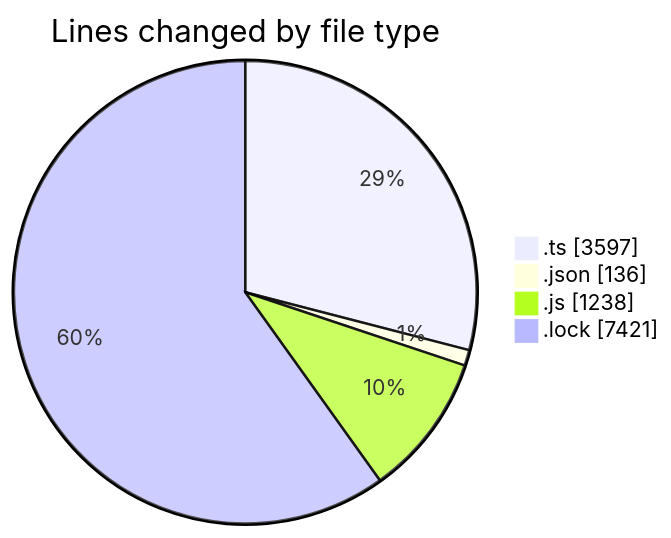
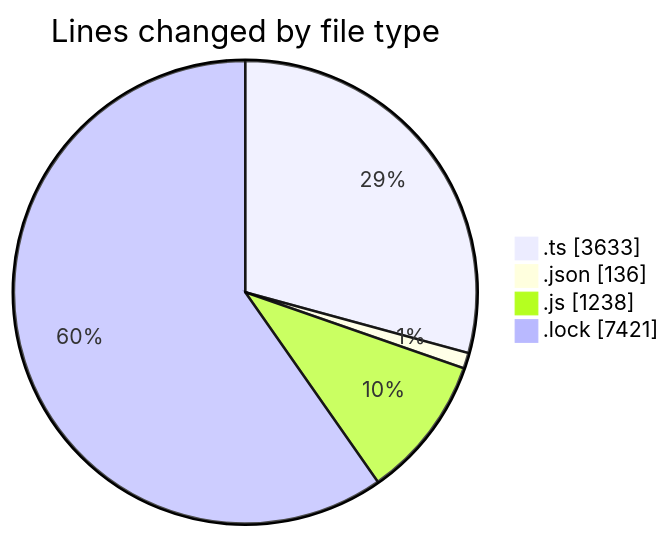
The first of 2 diagrams in 2025-07-30/cda/README.md (momahboobian/code-tracking), drawn with Mermaid before and after one commit. The commit also changed other lines of this file and 1 other file, not shown here.

````diff
--- a/2025-07-30/cda/README.md
+++ b/2025-07-30/cda/README.md
@@ -28,8 +28,8 @@
 ```mermaid
 pie showData
 title Lines changed by file type
-".ts" : 3597
+".ts" : 3633
 ".json" : 136
 ".js" : 1238
 ".lock" : 7421
 ```
````
